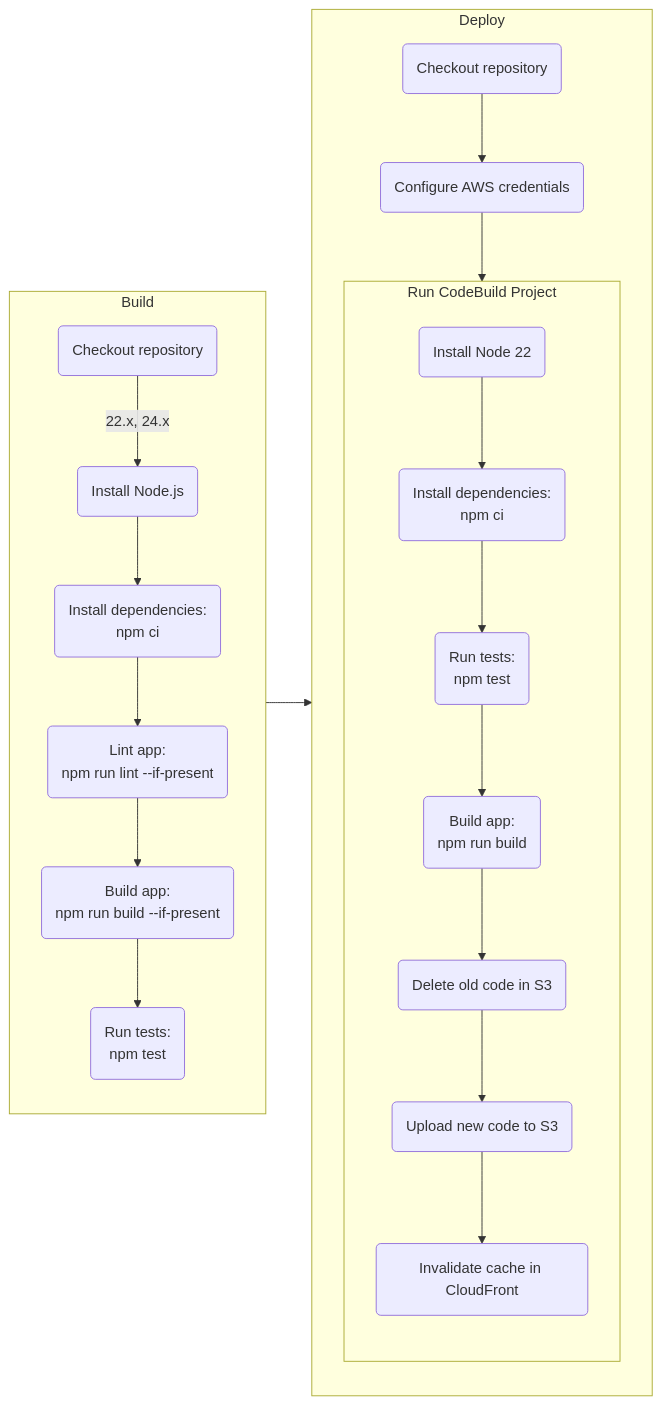
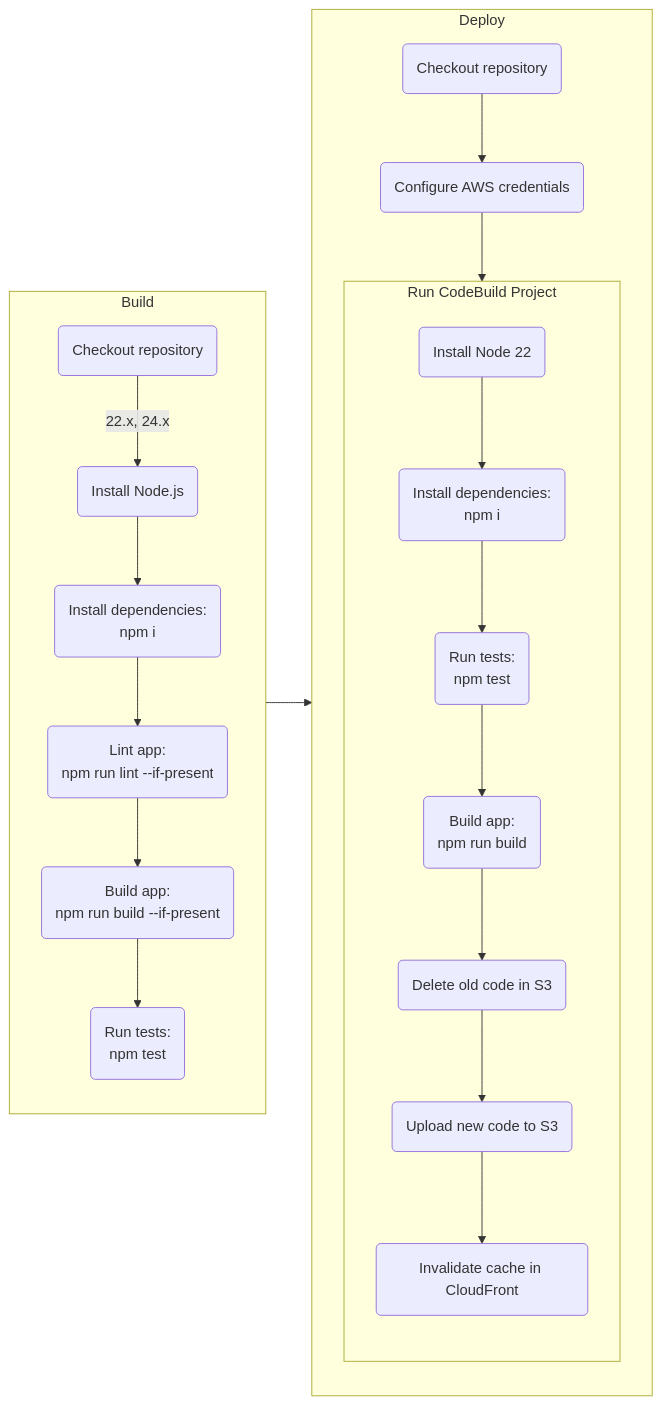
Before and after one commit to Abhiek187/aws-shop: the first of 4 diagrams in README.md, drawn with Mermaid. The commit also changed 2 other files, not shown here.

Commit message:
Replace npm ci with npm i to fix lockfile issue with npm 10

````diff
--- a/README.md
+++ b/README.md
@@ -50,30 +50,30 @@
 ```mermaid
 flowchart LR
 
 A --> B
 
 subgraph A [Build]
 direction TB
 C(Checkout repository) -->|22.x, 24.x| D(Install Node.js)
-D --> E(Install dependencies:<br>npm ci)
+D --> E(Install dependencies:<br>npm i)
 E --> F(Lint app:<br>npm run lint --if-present)
 F --> G(Build app:<br>npm run build --if-present)
 G --> H(Run tests:<br>npm test)
 end
 
 subgraph B [Deploy]
 direction TB
 I(Checkout repository) --> J(Configure AWS credentials)
 J --> K
 end
 
 subgraph K [Run CodeBuild Project]
 direction TB
-L(Install Node 22) --> M(Install dependencies:<br>npm ci)
+L(Install Node 22) --> M(Install dependencies:<br>npm i)
 M --> N(Run tests:<br>npm test)
 N --> O(Build app:<br>npm run build)
 O --> P(Delete old code in S3)
 P --> Q(Upload new code to S3)
 Q --> R(Invalidate cache in CloudFront)
 end
 ```
````
